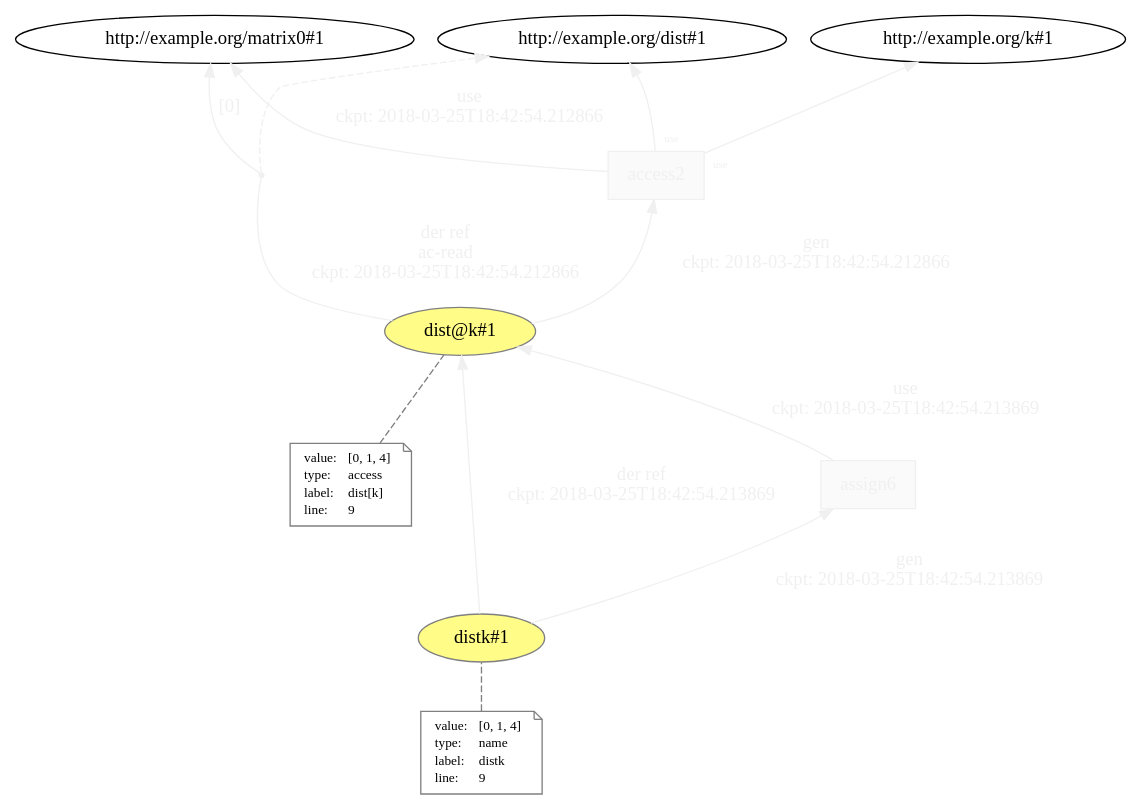
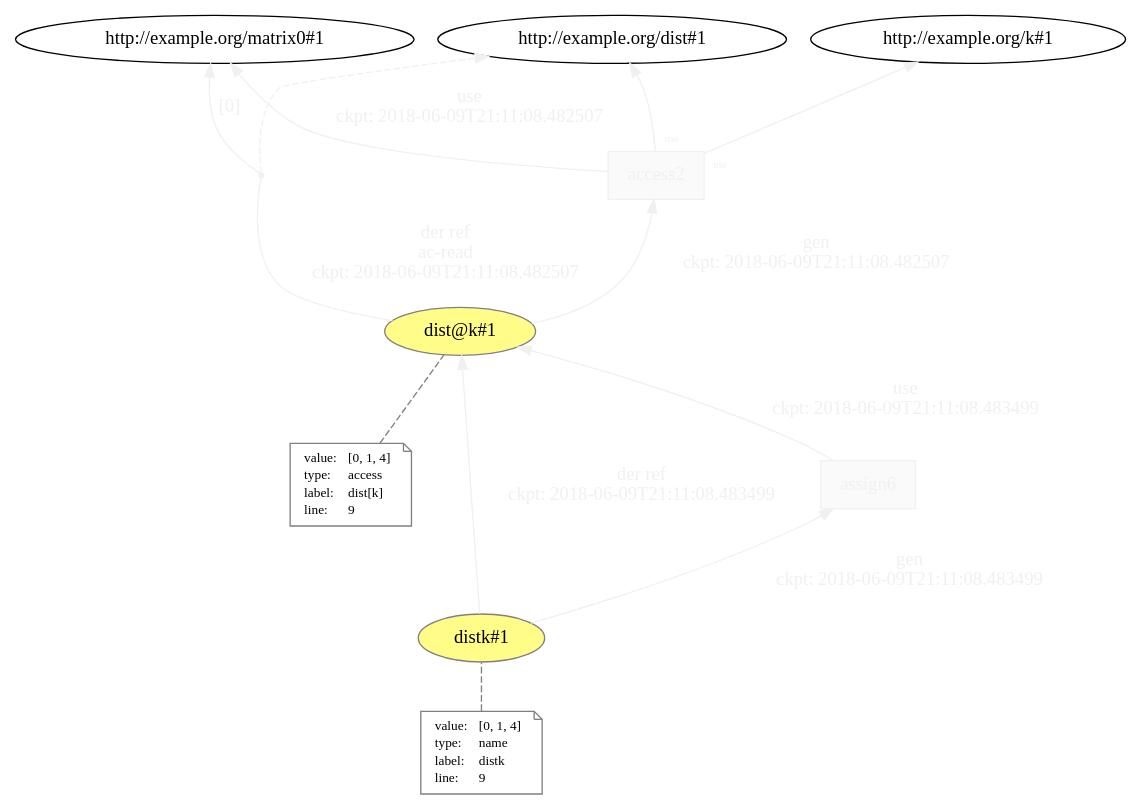
One commit to dew-uff/versioned-prov changed the diagram in generated/versioned_prov/temp/L9__access__assign.dot. Above: the diagram before and after it, drawn with Graphviz. The commit also changed 926 other files, not shown here.

```diff
--- a/generated/versioned_prov/temp/L9__access__assign.dot
+++ b/generated/versioned_prov/temp/L9__access__assign.dot
@@ -1,62 +1,62 @@
 digraph "PROV" { size="16,12"; rankdir="BT";
 "http://example.org/dist@k#1" [fillcolor="#FFFC87",color="#808080",style="filled",label="dist@k#1",URL="http://example.org/dist@k#1"]
 "http://example.org/dist@k#1-attrs" [color="gray",shape="note",fontsize="10",fontcolor="black",label=<<TABLE cellpadding="0" border="0">
 	<TR>
 	    <TD align="left">value:</TD>
 	    <TD align="left">[0, 1, 4]</TD>
 	</TR>
 	<TR>
 	    <TD align="left">type:</TD>
 	    <TD align="left">access</TD>
 	</TR>
 	<TR>
 	    <TD align="left">label:</TD>
 	    <TD align="left">dist[k]</TD>
 	</TR>
 	<TR>
 	    <TD align="left">line:</TD>
 	    <TD align="left">9</TD>
 	</TR>
 </TABLE>>]
 "http://example.org/dist@k#1-attrs" -> "http://example.org/dist@k#1" [color="gray",style="dashed",arrowhead="none"]
 "http://example.org/access2" [fillcolor="#FAFAFA",color="#F0F0F0",shape="polygon",sides="4",style="filled",fontcolor="#F0F0F0",label="access2",URL="http://example.org/access2"]
 "bn0" [shape="point",label="",fontcolor="#F0F0F0",color="#F0F0F0"]
 "http://example.org/dist@k#1" -> "bn0" [fontsize="14",distance="1.5",angle="60.0",rotation="20",label="der ref
 ac-read
-ckpt: 2018-03-25T18:42:54.212866",arrowhead="none",fontcolor="#F0F0F0",color="#F0F0F0"]
+ckpt: 2018-06-09T21:11:08.482507",arrowhead="none",fontcolor="#F0F0F0",color="#F0F0F0"]
 "bn0" -> "http://example.org/dist#1" [style="dashed",fontcolor="#F0F0F0",color="#F0F0F0"]
 "bn0" -> "http://example.org/matrix0#1" [fontsize="14",distance="1.5",angle="60.0",rotation="20",label="[0]",fontcolor="#F0F0F0",color="#F0F0F0"]
 "http://example.org/access2" -> "http://example.org/dist#1" [labelfontsize="8",labeldistance="1.5",labelangle="60.0",rotation="20",taillabel="use",fontcolor="#F0F0F0",color="#F0F0F0"]
 "http://example.org/access2" -> "http://example.org/k#1" [labelfontsize="8",labeldistance="1.5",labelangle="60.0",rotation="20",taillabel="use",fontcolor="#F0F0F0",color="#F0F0F0"]
 "http://example.org/distk#1" [fillcolor="#FFFC87",color="#808080",style="filled",label="distk#1",URL="http://example.org/distk#1"]
 "http://example.org/distk#1-attrs" [color="gray",shape="note",fontsize="10",fontcolor="black",label=<<TABLE cellpadding="0" border="0">
 	<TR>
 	    <TD align="left">value:</TD>
 	    <TD align="left">[0, 1, 4]</TD>
 	</TR>
 	<TR>
 	    <TD align="left">type:</TD>
 	    <TD align="left">name</TD>
 	</TR>
 	<TR>
 	    <TD align="left">label:</TD>
 	    <TD align="left">distk</TD>
 	</TR>
 	<TR>
 	    <TD align="left">line:</TD>
 	    <TD align="left">9</TD>
 	</TR>
 </TABLE>>]
 "http://example.org/distk#1-attrs" -> "http://example.org/distk#1" [color="gray",style="dashed",arrowhead="none"]
 "http://example.org/assign6" [fillcolor="#FAFAFA",color="#F0F0F0",shape="polygon",sides="4",style="filled",fontcolor="#F0F0F0",label="assign6",URL="http://example.org/assign6"]
 "http://example.org/distk#1" -> "http://example.org/dist@k#1" [fontsize="14",distance="1.5",angle="60.0",rotation="20",label="der ref
-ckpt: 2018-03-25T18:42:54.213869",fontcolor="#F0F0F0",color="#F0F0F0"]
+ckpt: 2018-06-09T21:11:08.483499",fontcolor="#F0F0F0",color="#F0F0F0"]
+"http://example.org/assign6" -> "http://example.org/dist@k#1" [fontsize="14",distance="1.5",angle="60.0",rotation="20",label="use
+ckpt: 2018-06-09T21:11:08.483499",fontcolor="#F0F0F0",color="#F0F0F0"]
 "http://example.org/access2" -> "http://example.org/matrix0#1" [fontsize="14",distance="1.5",angle="60.0",rotation="20",label="use
-ckpt: 2018-03-25T18:42:54.212866",fontcolor="#F0F0F0",color="#F0F0F0"]
-"http://example.org/assign6" -> "http://example.org/dist@k#1" [fontsize="14",distance="1.5",angle="60.0",rotation="20",label="use
-ckpt: 2018-03-25T18:42:54.213869",fontcolor="#F0F0F0",color="#F0F0F0"]
+ckpt: 2018-06-09T21:11:08.482507",fontcolor="#F0F0F0",color="#F0F0F0"]
 "http://example.org/dist@k#1" -> "http://example.org/access2" [fontsize="14",distance="1.5",angle="60.0",rotation="20",label="gen
-ckpt: 2018-03-25T18:42:54.212866",fontcolor="#F0F0F0",color="#F0F0F0"]
+ckpt: 2018-06-09T21:11:08.482507",fontcolor="#F0F0F0",color="#F0F0F0"]
 "http://example.org/distk#1" -> "http://example.org/assign6" [fontsize="14",distance="1.5",angle="60.0",rotation="20",label="gen
-ckpt: 2018-03-25T18:42:54.213869",fontcolor="#F0F0F0",color="#F0F0F0"]
+ckpt: 2018-06-09T21:11:08.483499",fontcolor="#F0F0F0",color="#F0F0F0"]
 }
```
